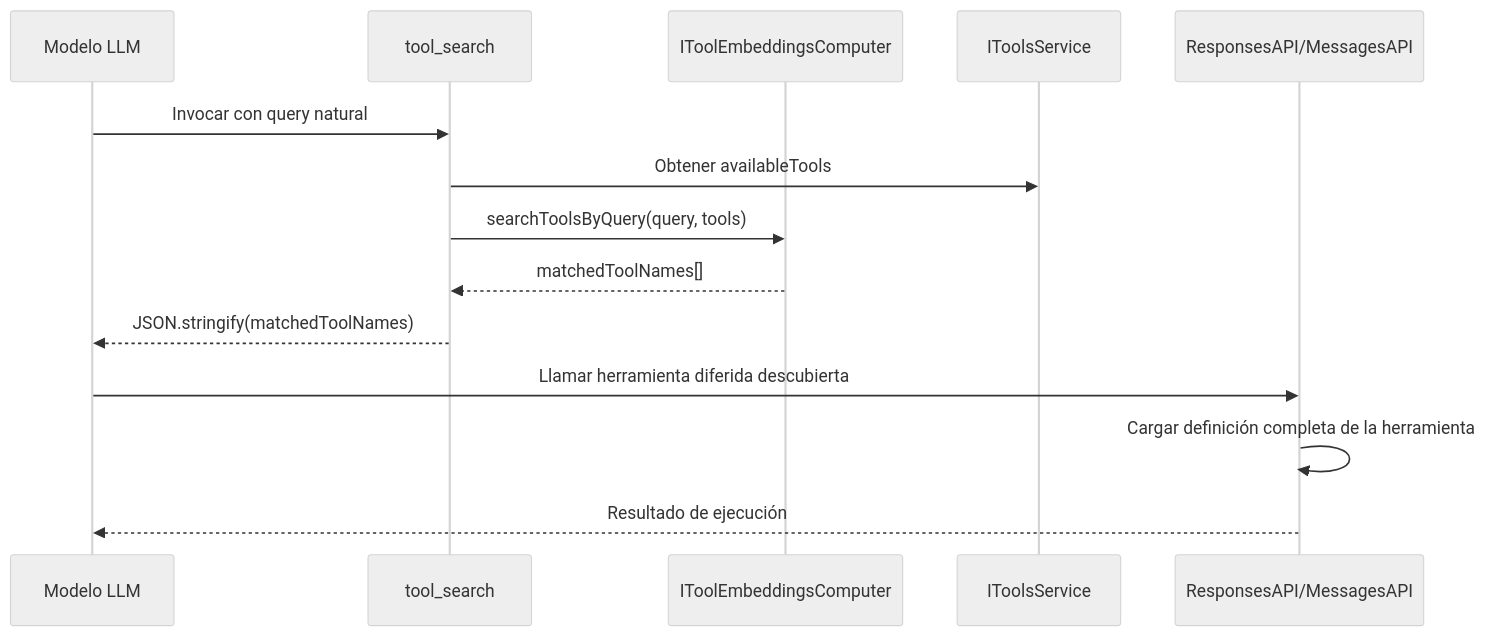
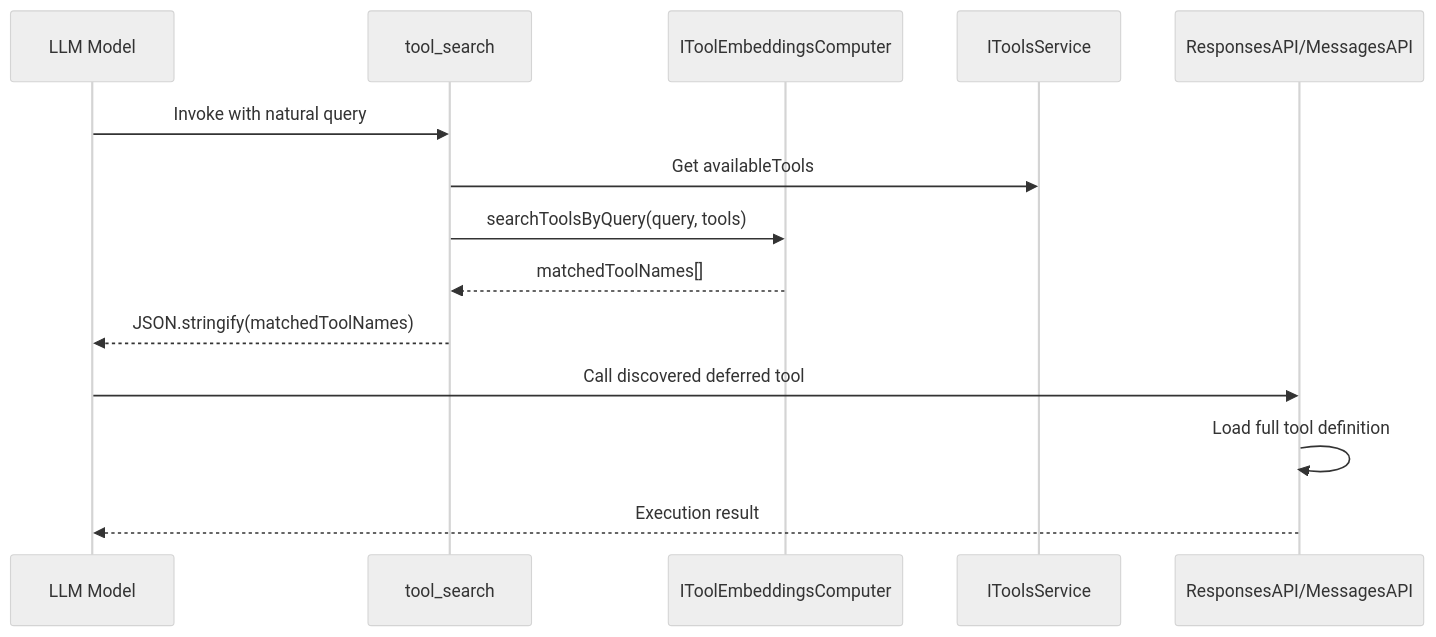
Before and after one commit to digiogithub/pando: the first of 2 diagrams in .kb/analysis/copilot-tools-optimization-and-renaming-analysis.md, drawn with Mermaid (neutral theme). The commit also changed other lines of this file and 63 other files, not shown here.

````diff
--- a/.kb/analysis/copilot-tools-optimization-and-renaming-analysis.md
+++ b/.kb/analysis/copilot-tools-optimization-and-renaming-analysis.md
@@ -320,18 +320,18 @@
 ```mermaid
 sequenceDiagram
-    participant Model as Modelo LLM
+    participant Model as LLM Model
     participant ToolSearch as tool_search
     participant Embeddings as IToolEmbeddingsComputer
     participant ToolsService as IToolsService
     participant API as ResponsesAPI/MessagesAPI
 
-    Model->>ToolSearch: Invocar con query natural
-    ToolSearch->>ToolsService: Obtener availableTools
+    Model->>ToolSearch: Invoke with natural query
+    ToolSearch->>ToolsService: Get availableTools
     ToolSearch->>Embeddings: searchToolsByQuery(query, tools)
     Embeddings-->>ToolSearch: matchedToolNames[]
     ToolSearch-->>Model: JSON.stringify(matchedToolNames)
     
-    Model->>API: Llamar herramienta diferida descubierta
-    API->>API: Cargar definición completa de la herramienta
-    API-->>Model: Resultado de ejecución
+    Model->>API: Call discovered deferred tool
+    API->>API: Load full tool definition
+    API-->>Model: Execution result
 ```
````
